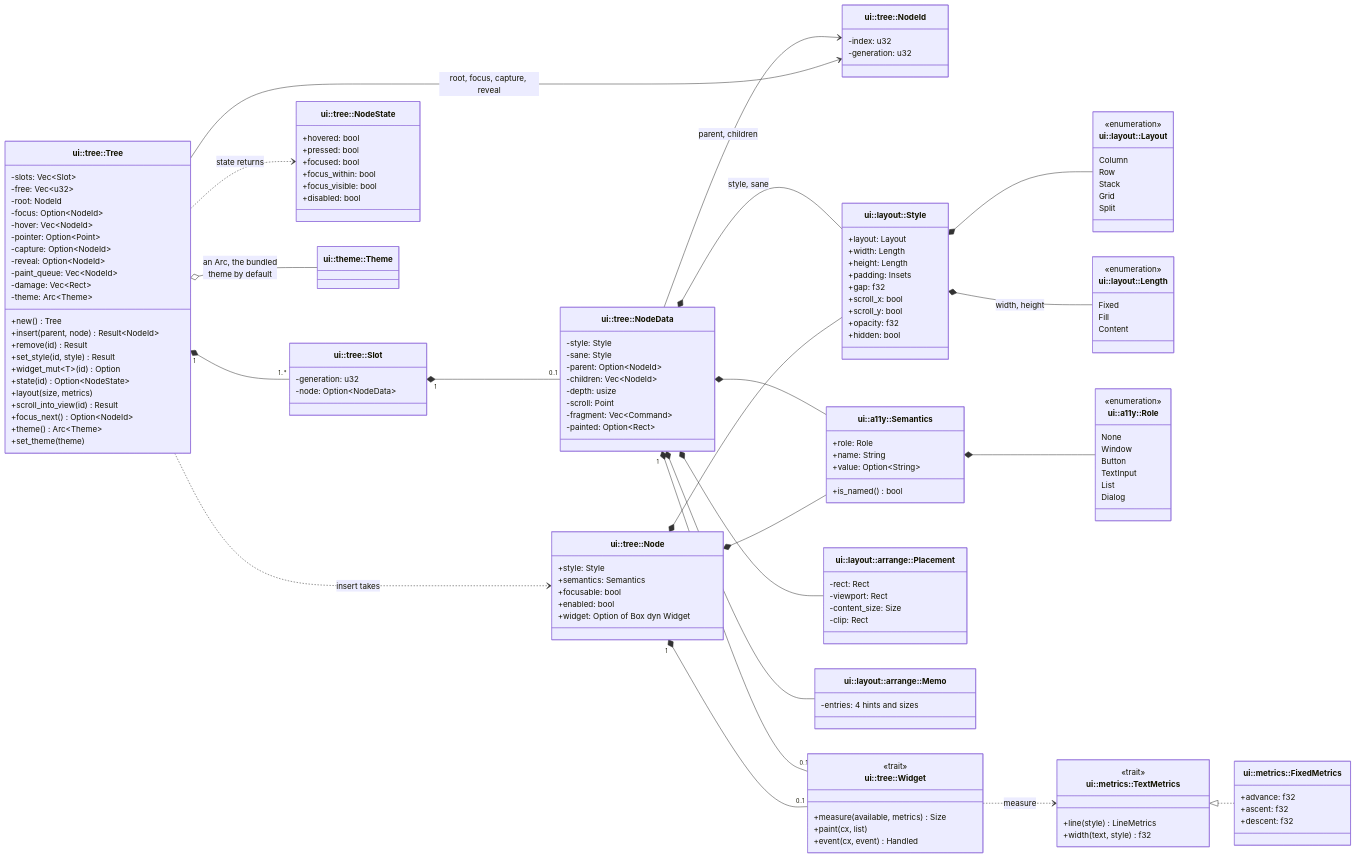
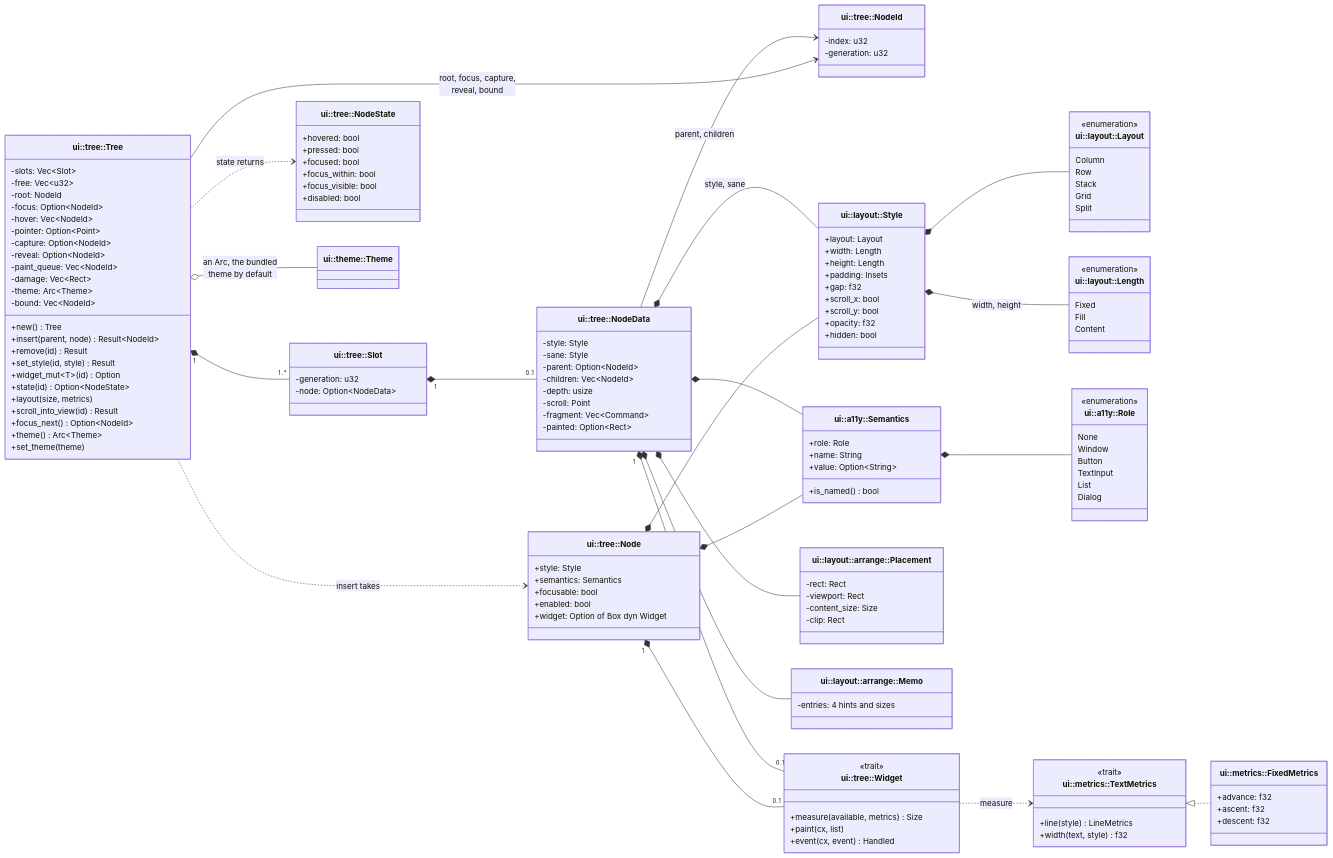
Before and after one commit to jabbott-iii/Tidepool: diagram 43 of 49 in diagrams/class-diagrams.md, drawn with Mermaid. The commit also changed other lines of this file and 55 other files, not shown here.

```diff
--- a/diagrams/class-diagrams.md
+++ b/diagrams/class-diagrams.md
@@ -3729,6 +3732,7 @@
         -paint_queue: Vec~NodeId~
         -damage: Vec~Rect~
         -theme: Arc~Theme~
+        -bound: Vec~NodeId~
         +new() Tree
         +insert(parent, node) Result~NodeId~
         +remove(id) Result
@@ -3850,7 +3854,7 @@
     NodeData *-- Placement
     NodeData *-- Memo
     NodeData --> NodeId : parent, children
-    Tree --> NodeId : root, focus, capture, reveal
+    Tree --> NodeId : root, focus, capture,<br/>reveal, bound
     Tree ..> Node : insert takes
     Tree ..> NodeState : state returns
     Node *-- Style
```
